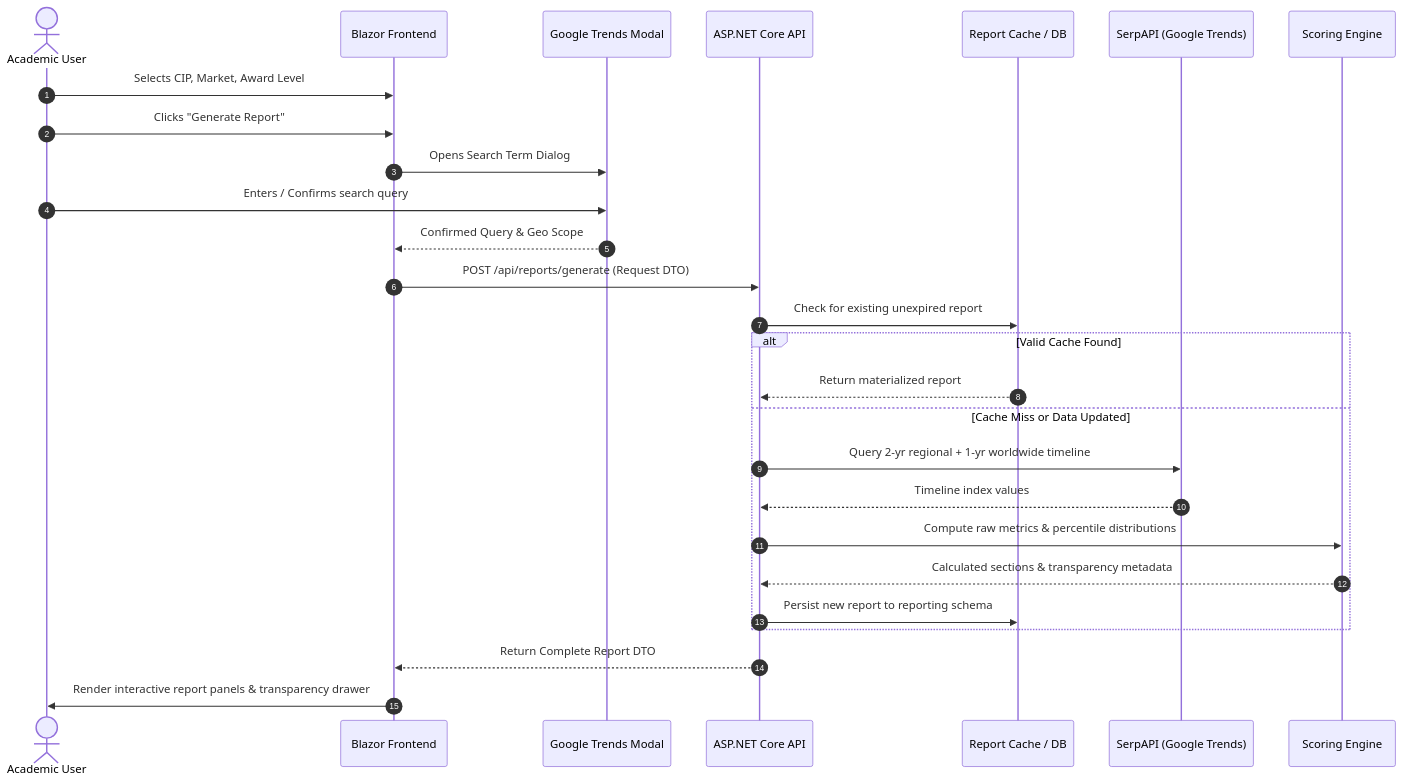
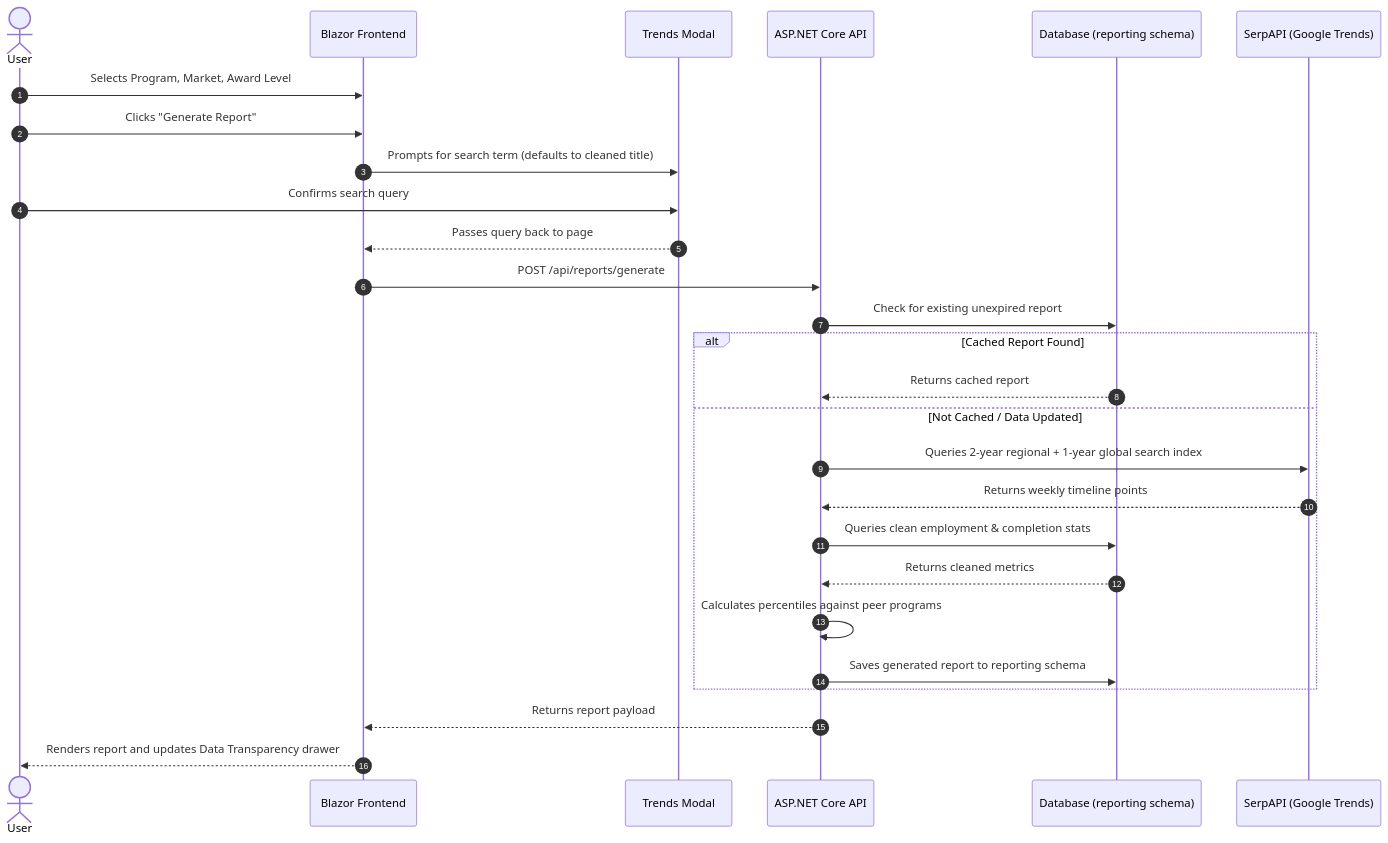
Before and after one commit to liams04/PMRA-Portfolio: the second of 2 diagrams in docs/architecture.md, drawn with Mermaid. The commit also changed other lines of this file and 11 other files, not shown here.

````diff
--- a/docs/architecture.md
+++ b/docs/architecture.md
@@ -97,31 +82,33 @@
 ```mermaid
 sequenceDiagram
     autonumber
-    actor User as Academic User
-    participant Blazor as Blazor Frontend
-    participant Modal as Google Trends Modal
+    actor User as User
+    participant UI as Blazor Frontend
+    participant Modal as Trends Modal
     participant API as ASP.NET Core API
-    participant Cache as Report Cache / DB
+    participant DB as Database (reporting schema)
     participant Serp as SerpAPI (Google Trends)
-    participant Calc as Scoring Engine
 
-    User->>Blazor: Selects CIP, Market, Award Level
-    User->>Blazor: Clicks "Generate Report"
-    Blazor->>Modal: Opens Search Term Dialog
-    User->>Modal: Enters / Confirms search query
-    Modal-->>Blazor: Confirmed Query & Geo Scope
+    User->>UI: Selects Program, Market, Award Level
+    User->>UI: Clicks "Generate Report"
+    UI->>Modal: Prompts for search term (defaults to cleaned title)
+    User->>Modal: Confirms search query
+    Modal-->>UI: Passes query back to page
     
-    Blazor->>API: POST /api/reports/generate (Request DTO)
-    API->>Cache: Check for existing unexpired report
-    alt Valid Cache Found
-        Cache-->>API: Return materialized report
-    else Cache Miss or Data Updated
-        API->>Serp: Query 2-yr regional + 1-yr worldwide timeline
-        Serp-->>API: Timeline index values
-        API->>Calc: Compute raw metrics & percentile distributions
-        Calc-->>API: Calculated sections & transparency metadata
-        API->>Cache: Persist new report to reporting schema
+    UI->>API: POST /api/reports/generate
+    API->>DB: Check for existing unexpired report
+    
+    alt Cached Report Found
+        DB-->>API: Returns cached report
+    else Not Cached / Data Updated
+        API->>Serp: Queries 2-year regional + 1-year global search index
+        Serp-->>API: Returns weekly timeline points
+        API->>DB: Queries clean employment & completion stats
+        DB-->>API: Returns cleaned metrics
+        API->>API: Calculates percentiles against peer programs
+        API->>DB: Saves generated report to reporting schema
     end
-    API-->>Blazor: Return Complete Report DTO
-    Blazor->>User: Render interactive report panels & transparency drawer
+    
+    API-->>UI: Returns report payload
+    UI-->>User: Renders report and updates Data Transparency drawer
 ```
````
